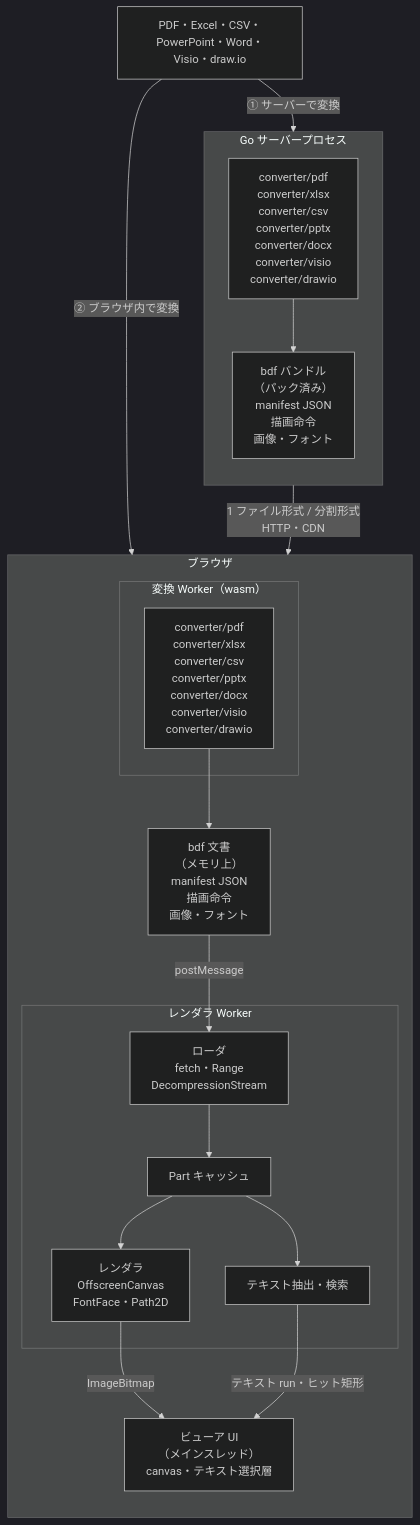
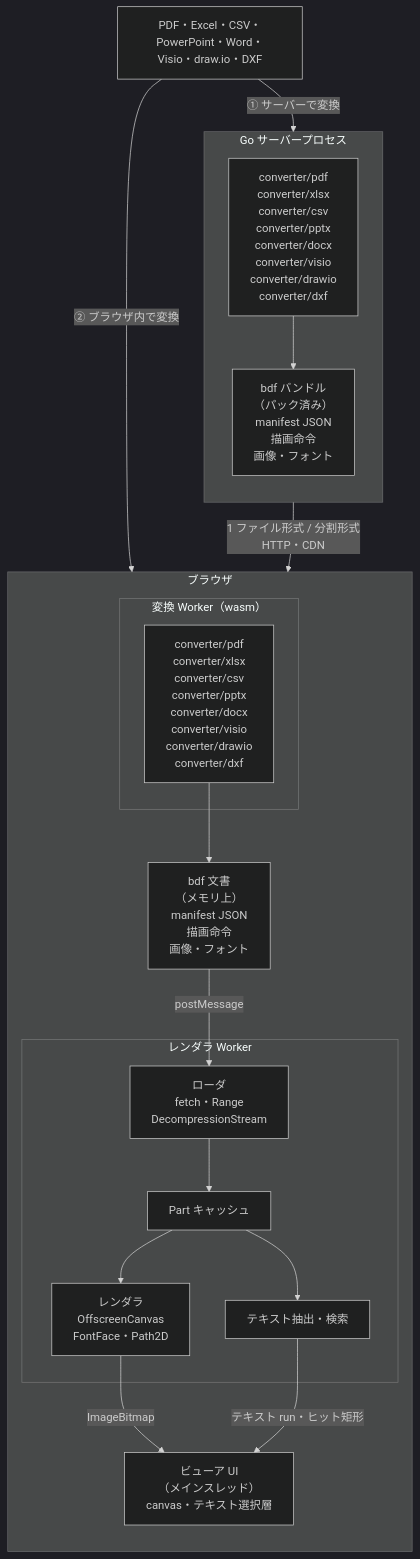
The diagram in README.ja.md (shibukawa/bdf), drawn with Mermaid (dark theme) before and after one commit. The commit also changed other lines of this file and 51 other files, not shown here.

First line of the commit message:
Add AutoCAD DXF converter to BDF, with model space and paper space layouts (#17)

````diff
--- a/README.ja.md
+++ b/README.ja.md
@@ -13,37 +13,37 @@
 ```mermaid
 flowchart TB
-    SRC["PDF・Excel・CSV・PowerPoint・Word・Visio・draw.io"]
+    SRC["PDF・Excel・CSV・PowerPoint・Word・Visio・draw.io・DXF"]
 
     subgraph SERVER["Go サーバープロセス"]
         direction TB
-        SCONV["converter/pdf<br/>converter/xlsx<br/>converter/csv<br/>converter/pptx<br/>converter/docx<br/>converter/visio<br/>converter/drawio"]
+        SCONV["converter/pdf<br/>converter/xlsx<br/>converter/csv<br/>converter/pptx<br/>converter/docx<br/>converter/visio<br/>converter/drawio<br/>converter/dxf"]
         BUNDLE["bdf バンドル<br/>（パック済み）<br/>manifest JSON<br/>描画命令<br/>画像・フォント"]
         SCONV --> BUNDLE
     end
 
     subgraph BROWSER["ブラウザ"]
         direction TB
         subgraph CWORKER["変換 Worker（wasm）"]
-            WCONV["converter/pdf<br/>converter/xlsx<br/>converter/csv<br/>converter/pptx<br/>converter/docx<br/>converter/visio<br/>converter/drawio"]
+            WCONV["converter/pdf<br/>converter/xlsx<br/>converter/csv<br/>converter/pptx<br/>converter/docx<br/>converter/visio<br/>converter/drawio<br/>converter/dxf"]
         end
         PARTS["bdf 文書<br/>（メモリ上）<br/>manifest JSON<br/>描画命令<br/>画像・フォント"]
         subgraph RWORKER["レンダラ Worker"]
             LOADER["ローダ<br/>fetch・Range<br/>DecompressionStream"]
             STORE["Part キャッシュ"]
             RENDER["レンダラ<br/>OffscreenCanvas<br/>FontFace・Path2D"]
             TEXT["テキスト抽出・検索"]
             LOADER --> STORE
             STORE --> RENDER
             STORE --> TEXT
         end
         UI["ビューア UI<br/>（メインスレッド）<br/>canvas・テキスト選択層"]
         WCONV --> PARTS
     end
 
     SRC -- "① サーバーで変換" --> SCONV
     SRC -- "② ブラウザ内で変換" --> WCONV
     BUNDLE -- "1 ファイル形式 / 分割形式<br/>HTTP・CDN" --> LOADER
     PARTS -- "postMessage" --> LOADER
     RENDER -- "ImageBitmap" --> UI
     TEXT -- "テキスト run・ヒット矩形" --> UI
 ```
````
